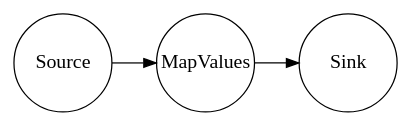
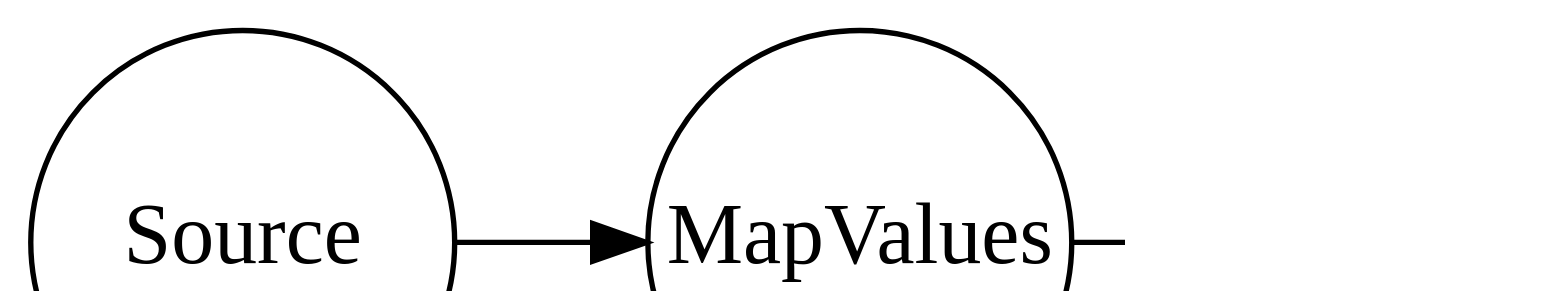
The second of 14 diagrams in slides/src/main/asciidoc/kstreams.adoc (inponomarev/kstreams-examples), drawn with Graphviz before and after one commit. The commit also changed other lines of this file and 1 other file, not shown here.

Commit message:
widescreen, dpi in dot, titles

```diff
--- a/slides/src/main/asciidoc/kstreams.adoc
+++ b/slides/src/main/asciidoc/kstreams.adoc
@@ -163,11 +165,11 @@
 [graphviz, "yelling-topology.png"]
 -----
 digraph G {
-
+graph [ dpi = 150 ]; 
 rankdir="LR";
 node [fontsize=16; shape="circle"; fixedsize="true"; width="1.1"];
 
 Source -> MapValues -> Sink
 
 }
 -----
```
